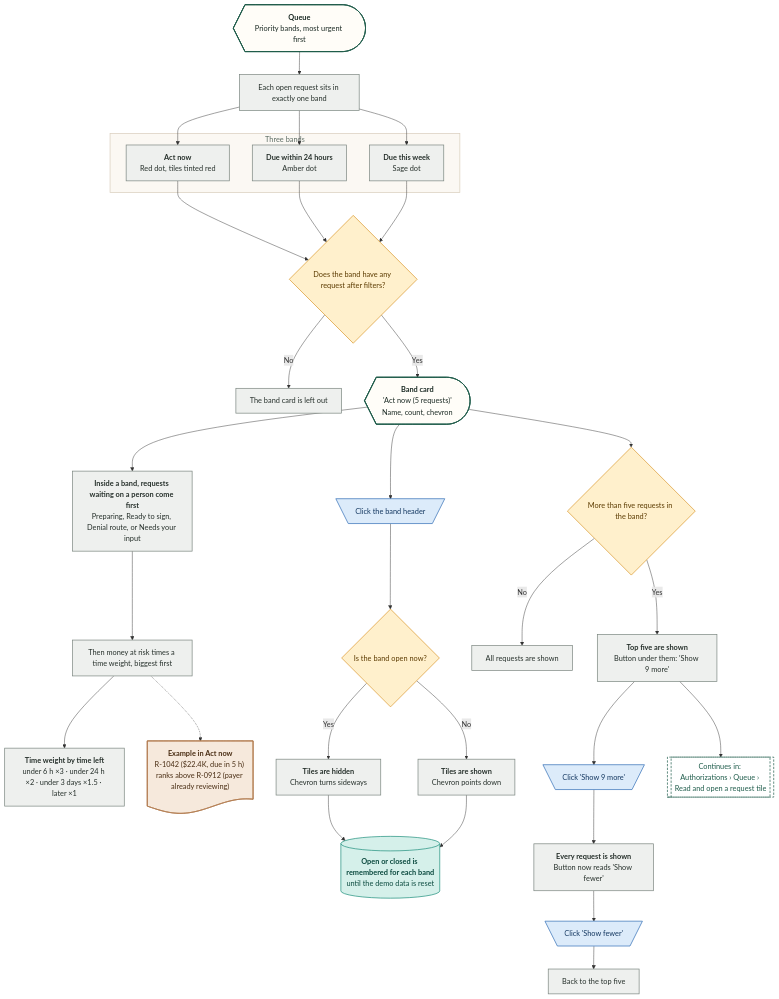
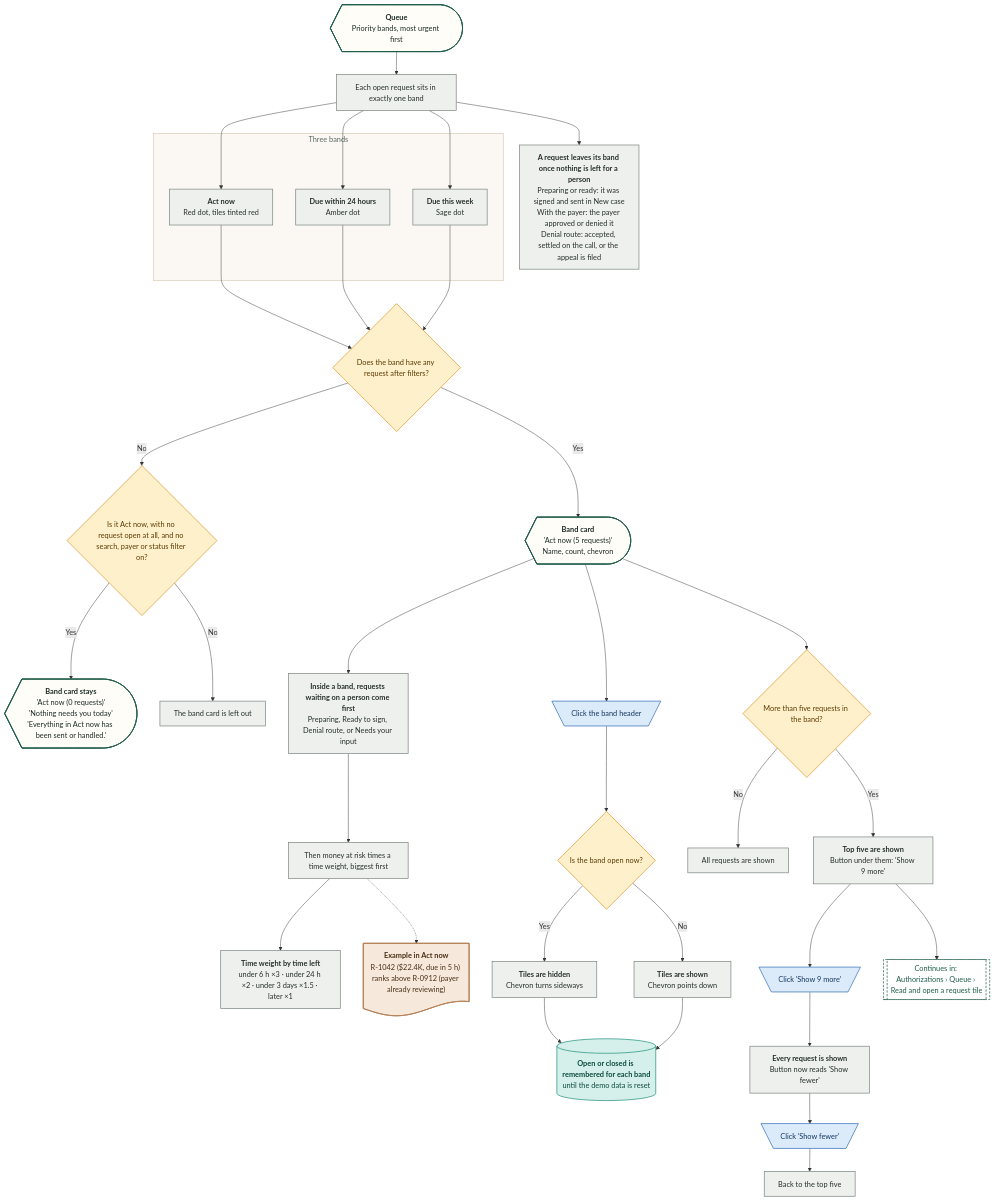
Before and after one commit to Shrav143/psyfloapp: the second of 26 diagrams in demos/prior-auth-demo/workflows/out/md/03-authorizations.md, drawn with Mermaid. The commit also changed other lines of this file and 195 other files, not shown here.

First line of the commit message:
docs: Rebuild workflow diagrams after the demo fixes (220 diagrams)

````diff
--- a/demos/prior-auth-demo/workflows/out/md/03-authorizations.md
+++ b/demos/prior-auth-demo/workflows/out/md/03-authorizations.md
@@ -92,71 +92,77 @@
 ```mermaid
 %%{init: {"theme":"base","themeVariables":{"fontFamily":"'DM Sans', 'Segoe UI', system-ui, sans-serif","fontSize":"15px","lineColor":"#5B6B63","primaryTextColor":"#1C2B25","clusterBkg":"#FBF8F3","clusterBorder":"#D9CDBB","edgeLabelBackground":"#FFFFFF"},"flowchart":{"curve":"basis","nodeSpacing":36,"rankSpacing":48,"padding":12,"htmlLabels":true,"useMaxWidth":false,"wrappingWidth":230}} }%%
 flowchart TD
   classDef k_start fill:#1F5C4B,stroke:#174638,color:#FFFFFF,stroke-width:1.5px,font-weight:600
   classDef k_end fill:#DDEFE3,stroke:#2E7D4F,color:#14502F,stroke-width:1.5px,font-weight:600
   classDef k_endx fill:#FBE3E0,stroke:#C0392B,color:#7A1F16,stroke-width:1.5px,font-weight:600
   classDef k_screen fill:#FFFDF8,stroke:#1F5C4B,color:#1C2B25,stroke-width:2px
   classDef k_overlay fill:#F1F7F3,stroke:#1F5C4B,color:#1C2B25,stroke-width:2px,stroke-dasharray:5 3
   classDef k_click fill:#DCEBFA,stroke:#2F6DB5,color:#12365F,stroke-width:1.5px
   classDef k_input fill:#E4E7FF,stroke:#4C5FD5,color:#1D2670,stroke-width:1.5px
   classDef k_process fill:#EEF0EE,stroke:#7A857F,color:#26302B,stroke-width:1.5px
   classDef k_agent fill:#EEE5FA,stroke:#7A4FC2,color:#341A63,stroke-width:1.5px
   classDef k_decision fill:#FFF0CC,stroke:#D9962B,color:#5C3B00,stroke-width:1.5px
   classDef k_store fill:#D5F0EA,stroke:#1C8E7B,color:#0B4A3F,stroke-width:1.5px
   classDef k_doc fill:#F6E9DC,stroke:#B07A4C,color:#4A2E14,stroke-width:1.5px
   classDef k_ext fill:#FFE6D2,stroke:#E07B39,color:#6B2F06,stroke-width:1.5px
   classDef k_wait fill:#E4E8EE,stroke:#6B7C93,color:#26303D,stroke-width:1.5px
   classDef k_toast fill:#FFF9DB,stroke:#C9A400,color:#5A4A00,stroke-width:1.5px
   classDef k_goto fill:#FFFFFF,stroke:#1F5C4B,color:#1F5C4B,stroke-width:1.5px,stroke-dasharray:5 3
   q@{ shape: curv-trap, label: "<b>Queue</b><br/>Priority bands, most urgent first" }
   b1@{ shape: rect, label: "Each open request sits in exactly one band" }
+  lv@{ shape: rect, label: "<b>A request leaves its band once nothing is left for a person</b><br/>Preparing or ready: it was signed and sent in New case<br/>With the payer: the payer approved or denied it<br/>Denial route: accepted, settled on the call, or the appeal is filed" }
   subgraph gB ["Three bands"]
   bn@{ shape: rect, label: "<b>Act now</b><br/>Red dot, tiles tinted red" }
   bd@{ shape: rect, label: "<b>Due within 24 hours</b><br/>Amber dot" }
   bw@{ shape: rect, label: "<b>Due this week</b><br/>Sage dot" }
   end
   dE@{ shape: diam, label: "Does the band have any request after filters?" }
+  dZ@{ shape: diam, label: "Is it Act now, with no request open at all, and no search, payer or status filter on?" }
+  em@{ shape: curv-trap, label: "<b>Band card stays</b><br/>'Act now (0 requests)'<br/>'Nothing needs you today'<br/>'Everything in Act now has been sent or handled.'" }
   hide@{ shape: rect, label: "The band card is left out" }
   bc@{ shape: curv-trap, label: "<b>Band card</b><br/>'Act now (5 requests)'<br/>Name, count, chevron" }
   r1@{ shape: rect, label: "<b>Inside a band, requests waiting on a person come first</b><br/>Preparing, Ready to sign, Denial route, or Needs your input" }
   r2@{ shape: rect, label: "Then money at risk times a time weight, biggest first" }
   wt@{ shape: rect, label: "<b>Time weight by time left</b><br/>under 6 h ×3 · under 24 h ×2 · under 3 days ×1.5 · later ×1" }
   ex@{ shape: doc, label: "<b>Example in Act now</b><br/>R-1042 ($22.4K, due in 5 h) ranks above R-0912 (payer already reviewing)" }
   hd@{ shape: trap-t, label: "Click the band header" }
   dC@{ shape: diam, label: "Is the band open now?" }
   col@{ shape: rect, label: "<b>Tiles are hidden</b><br/>Chevron turns sideways" }
   exp@{ shape: rect, label: "<b>Tiles are shown</b><br/>Chevron points down" }
   keep@{ shape: cyl, label: "<b>Open or closed is remembered for each band</b><br/>until the demo data is reset" }
   dM@{ shape: diam, label: "More than five requests in the band?" }
   all5@{ shape: rect, label: "All requests are shown" }
   top5@{ shape: rect, label: "<b>Top five are shown</b><br/>Button under them: 'Show 9 more'" }
   sm@{ shape: trap-t, label: "Click 'Show 9 more'" }
   allm@{ shape: rect, label: "<b>Every request is shown</b><br/>Button now reads 'Show fewer'" }
   sf@{ shape: trap-t, label: "Click 'Show fewer'" }
   back@{ shape: rect, label: "Back to the top five" }
   g1@{ shape: subproc, label: "Continues in: Authorizations › Queue › Read and open a request tile" }
   q --> b1
+  b1 --> lv
   b1 --> bn & bd & bw
   bn --> dE
   bd --> dE
   bw --> dE
-  dE -->|"No"| hide
+  dE -->|"No"| dZ
+  dZ -->|"Yes"| em
+  dZ -->|"No"| hide
   dE -->|"Yes"| bc
   bc --> r1 --> r2 --> wt
   r2 -.-> ex
   bc --> hd --> dC
   dC -->|"Yes"| col --> keep
   dC -->|"No"| exp --> keep
   bc --> dM
   dM -->|"No"| all5
   dM -->|"Yes"| top5 --> sm --> allm --> sf --> back
   top5 --> g1
-  class q,bc k_screen
-  class b1,bn,bd,bw,hide,r1,r2,wt,col,exp,all5,top5,allm,back k_process
-  class dE,dC,dM k_decision
+  class q,em,bc k_screen
+  class b1,lv,bn,bd,bw,hide,r1,r2,wt,col,exp,all5,top5,allm,back k_process
+  class dE,dZ,dC,dM k_decision
   class ex k_doc
   class hd,sm,sf k_click
   class keep k_store
   class g1 k_goto
   style gB fill:#FBF8F3,stroke:#D9CDBB,stroke-width:1.5px,color:#5B6B63
 ```
````
